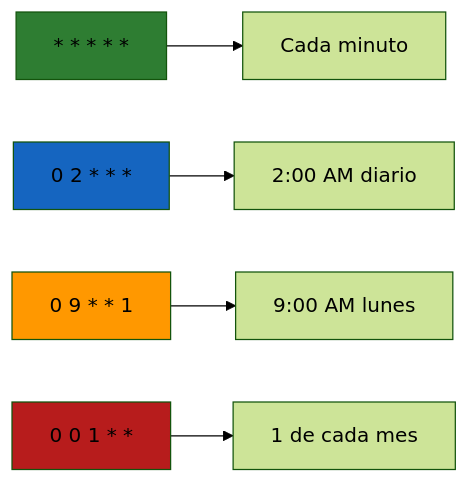
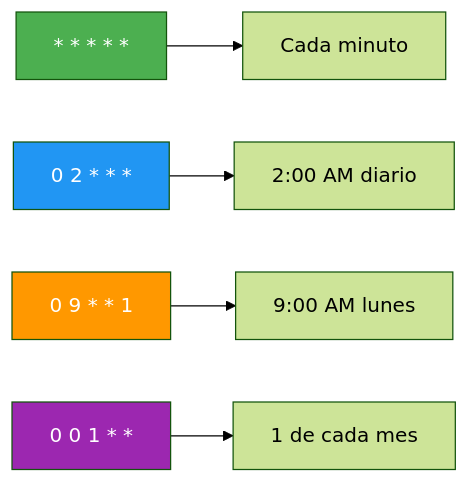
The third of 4 diagrams in 22-tareas-programadas.md (joseluisgs/DesarrolloWebEntornosServidor-02-2026-2027), drawn with Mermaid (forest theme) before and after one commit. The commit also changed other lines of this file, not shown here.

````diff
--- a/22-tareas-programadas.md
+++ b/22-tareas-programadas.md
@@ -398,12 +378,11 @@
 ```mermaid
 flowchart LR
     A["* * * * *"] --> B["Cada minuto"]
     C["0 2 * * *"] --> D["2:00 AM diario"]
     E["0 9 * * 1"] --> F["9:00 AM lunes"]
     G["0 0 1 * *"] --> H["1 de cada mes"]
-    
-    style A fill:#2E7D32
-    style C fill:#1565C0
-    style E fill:#FF9800
-    style G fill:#B71C1C
+    style A fill:#4CAF50,color:#fff
+    style C fill:#2196F3,color:#fff
+    style E fill:#FF9800,color:#fff
+    style G fill:#9C27B0,color:#fff
 ```
````
